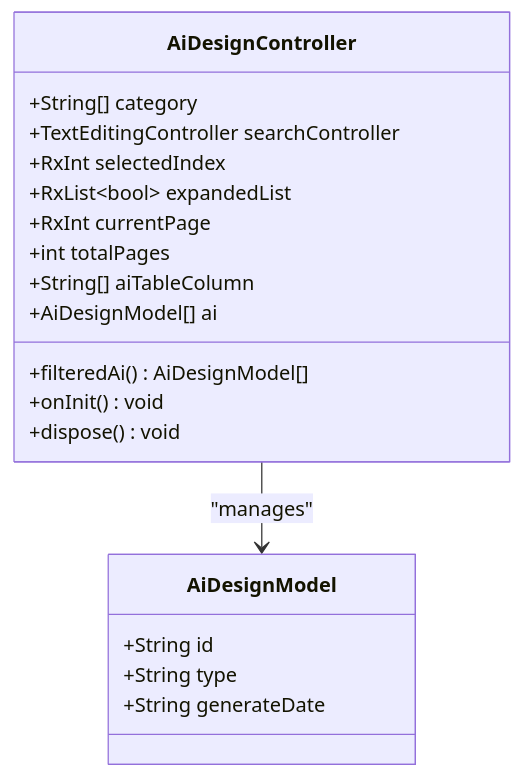
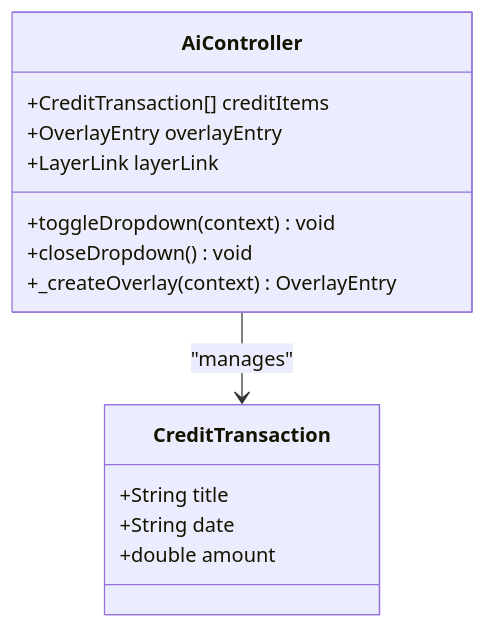
Before and after one commit to Ariful3111/FurniGo: the third of 6 diagrams in .qoder/repowiki/en/content/Core Features/AI Design Services/AI Design Services.md, drawn with Mermaid. The commit also changed other lines of this file and 67 other files, not shown here.

````diff
--- a/.qoder/repowiki/en/content/Core Features/AI Design Services/AI Design Services.md
+++ b/.qoder/repowiki/en/content/Core Features/AI Design Services/AI Design Services.md
@@ -153,22 +190,17 @@
 ```mermaid
 classDiagram
-class AiDesignController {
-+String[] category
-+TextEditingController searchController
-+RxInt selectedIndex
-+RxList~bool~ expandedList
-+RxInt currentPage
-+int totalPages
-+String[] aiTableColumn
-+AiDesignModel[] ai
-+filteredAi() AiDesignModel[]
-+onInit() void
-+dispose() void
+class AiController {
++CreditTransaction[] creditItems
++OverlayEntry overlayEntry
++LayerLink layerLink
++toggleDropdown(context) void
++closeDropdown() void
++_createOverlay(context) OverlayEntry
 }
-class AiDesignModel {
-+String id
-+String type
-+String generateDate
+class CreditTransaction {
++String title
++String date
++double amount
 }
-AiDesignController --> AiDesignModel : "manages"
+AiController --> CreditTransaction : "manages"
 ```
````
